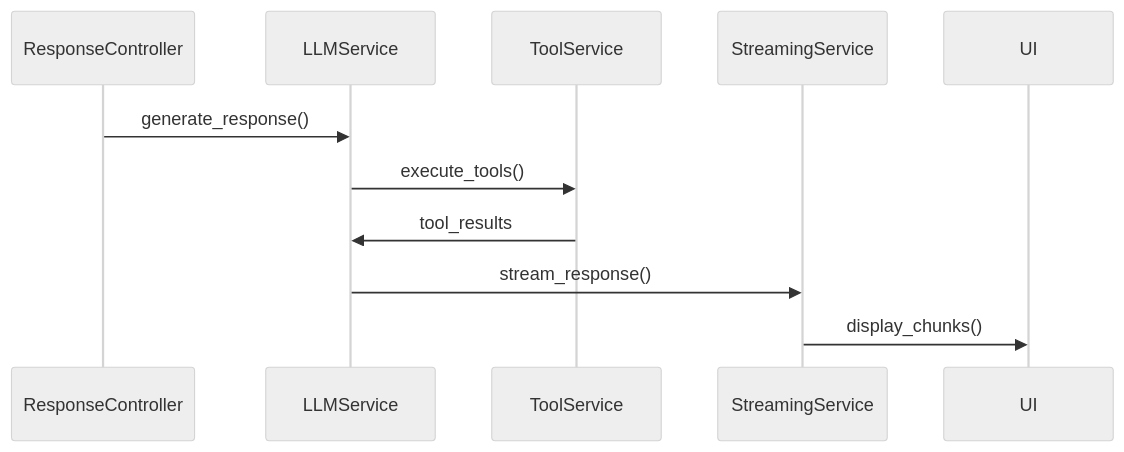
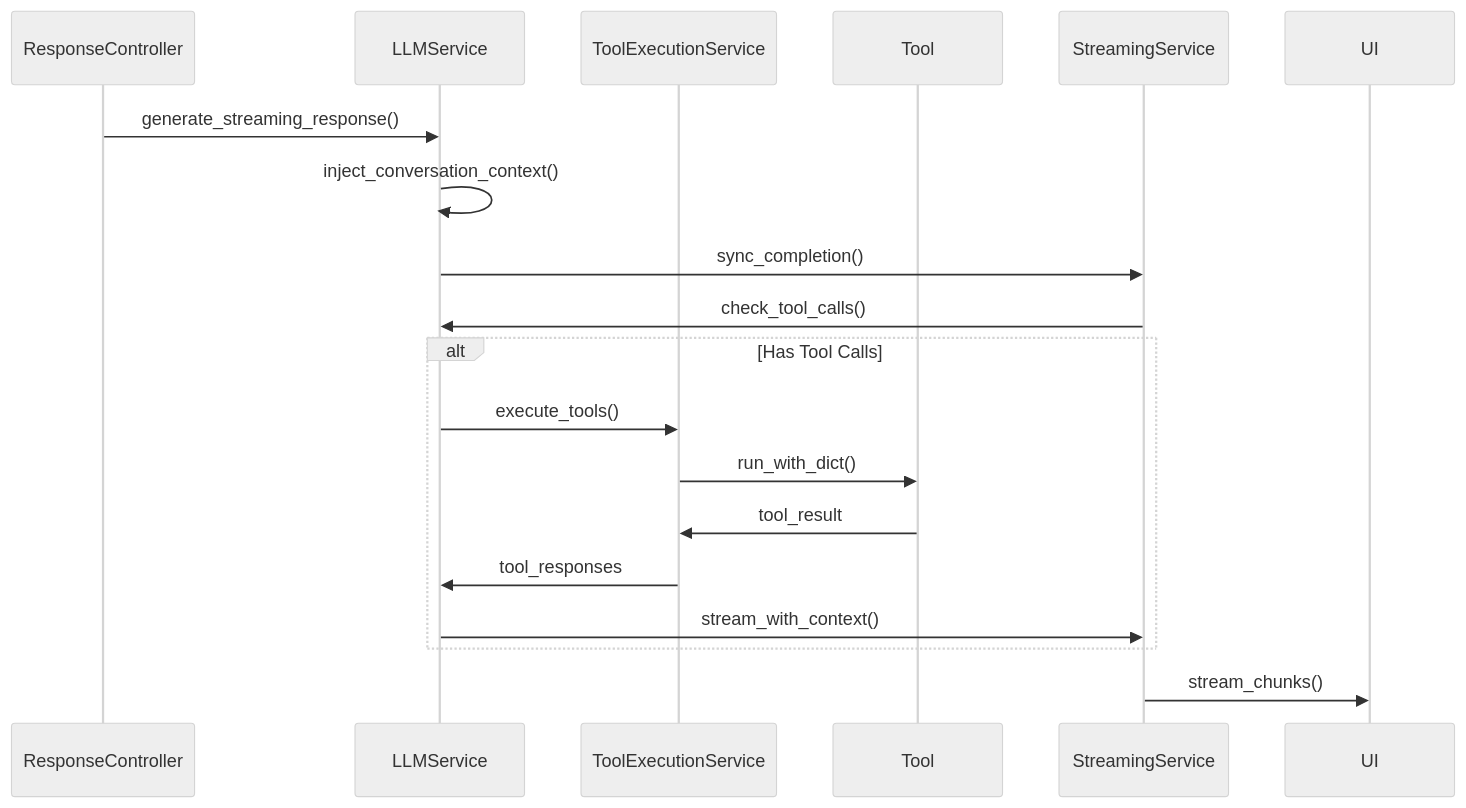
The third of 3 diagrams in docker/app/docs/architecture/overview.md (tuttlebr/brandon-bot), drawn with Mermaid (neutral theme) before and after one commit. The commit also changed other lines of this file and 4 other files, not shown here.

````diff
--- a/docker/app/docs/architecture/overview.md
+++ b/docker/app/docs/architecture/overview.md
@@ -161,14 +185,24 @@
 ```mermaid
 sequenceDiagram
     participant ResponseController
     participant LLMService
-    participant ToolService
+    participant ToolExecutionService
+    participant Tool
     participant StreamingService
     participant UI
 
-    ResponseController->>LLMService: generate_response()
-    LLMService->>ToolService: execute_tools()
-    ToolService->>LLMService: tool_results
-    LLMService->>StreamingService: stream_response()
-    StreamingService->>UI: display_chunks()
+    ResponseController->>LLMService: generate_streaming_response()
+    LLMService->>LLMService: inject_conversation_context()
+    LLMService->>StreamingService: sync_completion()
+    StreamingService->>LLMService: check_tool_calls()
+
+    alt Has Tool Calls
+        LLMService->>ToolExecutionService: execute_tools()
+        ToolExecutionService->>Tool: run_with_dict()
+        Tool->>ToolExecutionService: tool_result
+        ToolExecutionService->>LLMService: tool_responses
+        LLMService->>StreamingService: stream_with_context()
+    end
+
+    StreamingService->>UI: stream_chunks()
 ```
````
